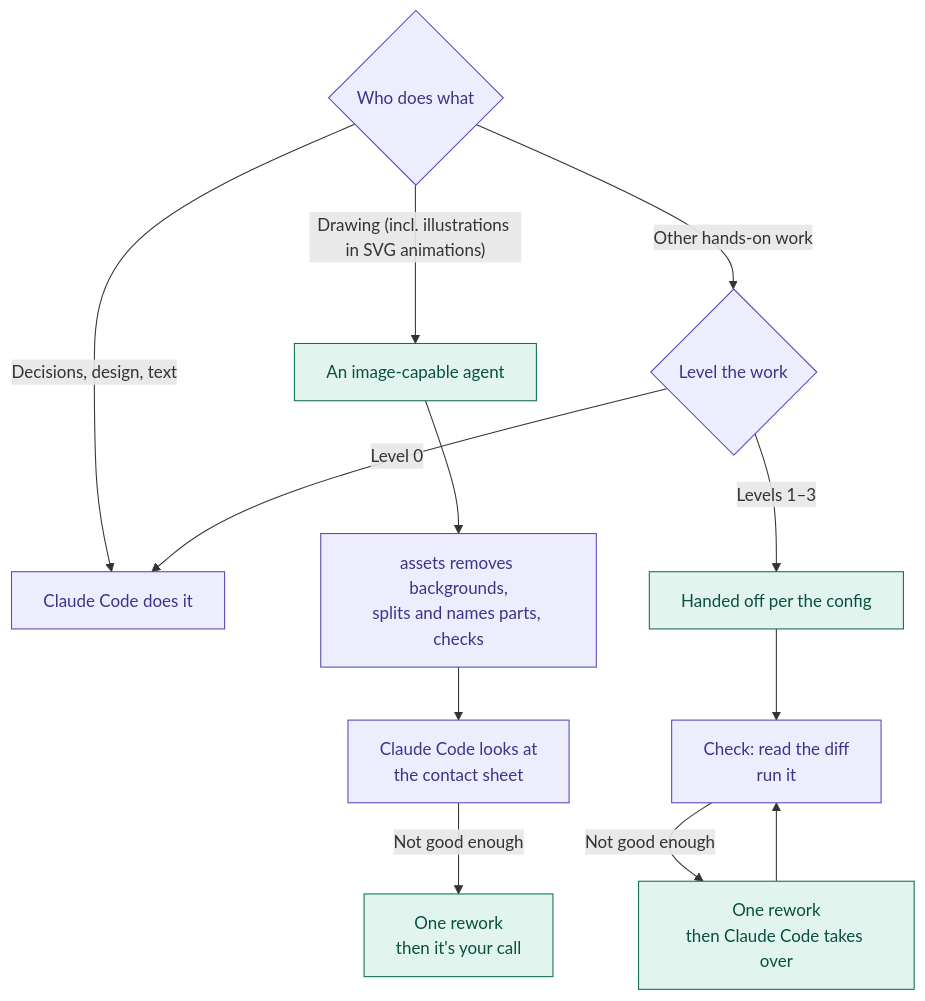
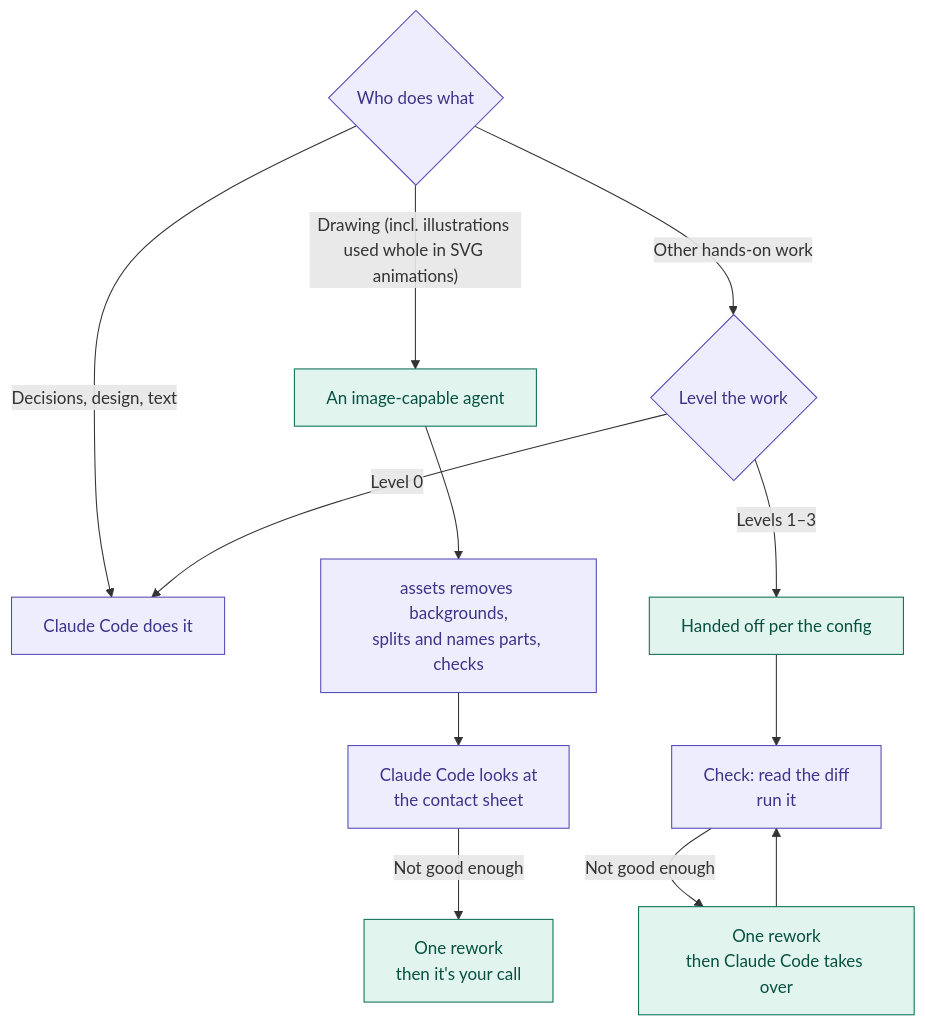
The third of 4 diagrams in README.en.md (DaydayupV/claude-foreman), drawn with Mermaid before and after one commit. The commit also changed other lines of this file and 10 other files, not shown here.

````diff
--- a/README.en.md
+++ b/README.en.md
@@ -62,19 +62,19 @@
 ```mermaid
 flowchart TD
     r0{"Who does what"} -- "Decisions, design, text" --> rself["Claude Code does it"]
-    r0 -- "Drawing (incl. illustrations in SVG animations)" --> rimg["An image-capable agent"]
+    r0 -- "Drawing (incl. illustrations used whole in SVG animations)" --> rimg["An image-capable agent"]
     r0 -- "Other hands-on work" --> rlevel{"Level the work"}
     rlevel -- "Level 0" --> rself
     rlevel -- "Levels 1–3" --> rrun["Handed off per the config"]
     rrun --> rcheck["Check: read the diff<br/>run it"]
     rimg --> rasset["assets removes backgrounds,<br/>splits and names parts, checks"]
     rasset --> rimgcheck["Claude Code looks at<br/>the contact sheet"]
     rimgcheck -- "Not good enough" --> rimgredo["One rework<br/>then it's your call"]
     rcheck -- "Not good enough" --> rrework["One rework<br/>then Claude Code takes over"]
     rrework --> rcheck
 
     classDef claude fill:#EEEDFE,stroke:#534AB7,color:#3C3489
     classDef agent fill:#E1F5EE,stroke:#0F6E56,color:#085041
     class r0,rself,rlevel,rcheck,rasset,rimgcheck claude
     class rimg,rrun,rrework,rimgredo agent
 ```
````
